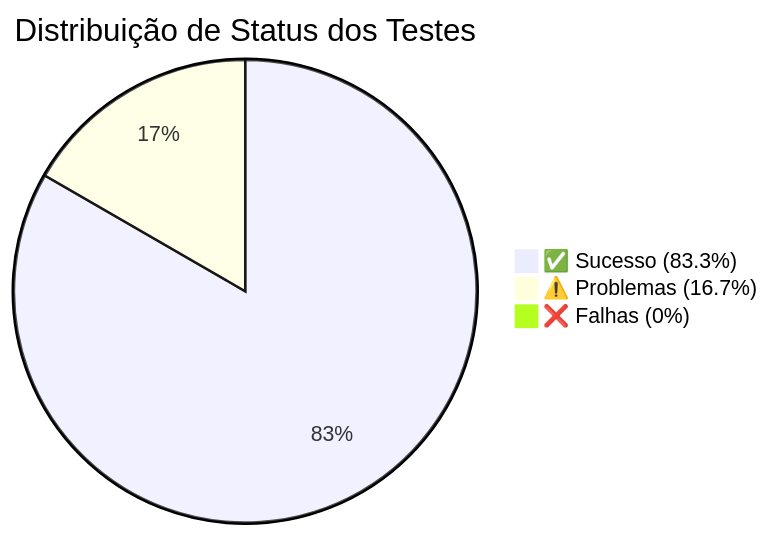
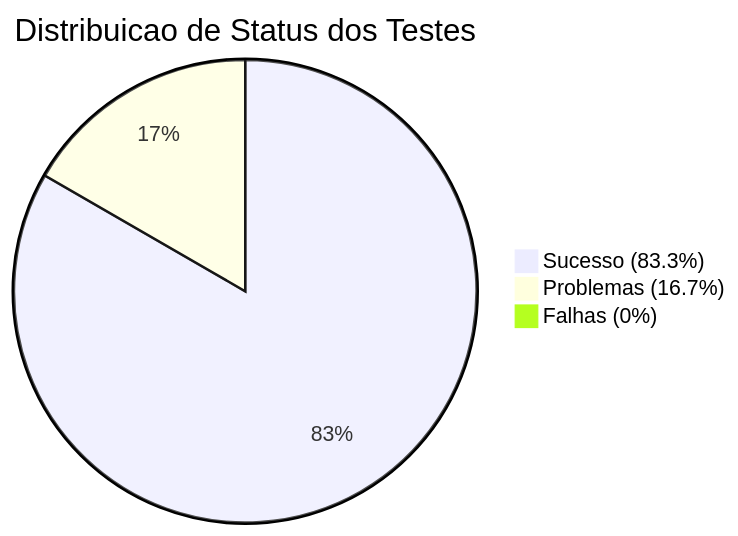
Before and after one commit to carmipa/Advanced_Business_Development_with_.NET_CP_2SEM_2025: the sixth of 6 diagrams in cp-5-autenticacao-autorizacao-swt/cp-5-autenticacao-autorizacao-swt/manual_de-testes.md, drawn with Mermaid. The commit also changed other lines of this file and 26 other files, not shown here.

````diff
--- a/cp-5-autenticacao-autorizacao-swt/cp-5-autenticacao-autorizacao-swt/manual_de-testes.md
+++ b/cp-5-autenticacao-autorizacao-swt/cp-5-autenticacao-autorizacao-swt/manual_de-testes.md
@@ -591,6 +654,6 @@
 ```mermaid
-pie title Distribuição de Status dos Testes
-    "✅ Sucesso (83.3%)" : 10
-    "⚠️ Problemas (16.7%)" : 2
-    "❌ Falhas (0%)" : 0
+pie title Distribuicao de Status dos Testes
+    "Sucesso (83.3%)" : 10
+    "Problemas (16.7%)" : 2
+    "Falhas (0%)" : 0
 ```
````
